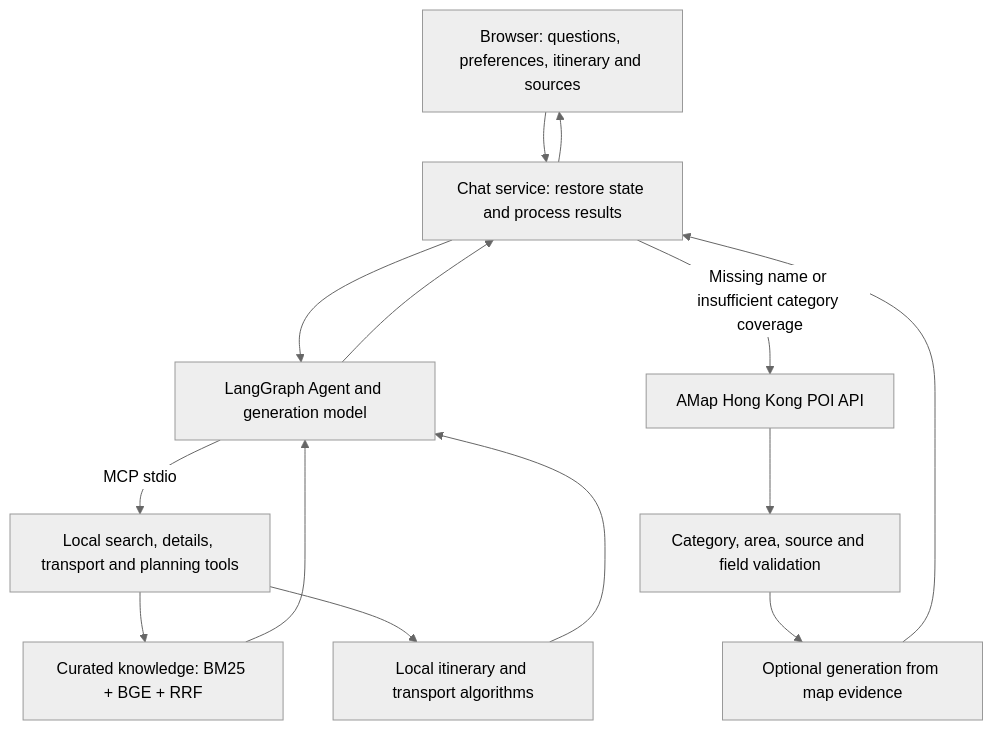
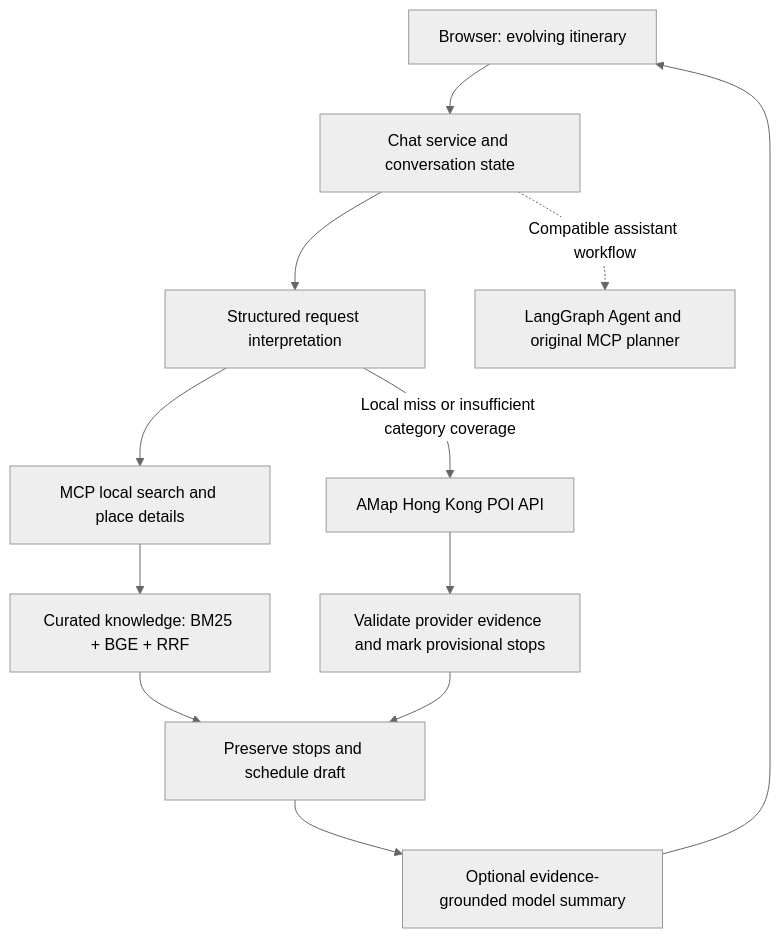
Before and after one commit to zz1170115506-del/DSAI5205-rag-travel-project: the diagram in README.md, drawn with Mermaid (neutral theme). The commit also changed other lines of this file and 16 other files, not shown here.

````diff
--- a/README.md
+++ b/README.md
@@ -45,16 +46,14 @@
 ```mermaid
 flowchart TD
-    W[Browser: questions, preferences, itinerary and sources] --> C[Chat service: restore state and process results]
-    C --> A[LangGraph Agent and generation model]
-    A -->|MCP stdio| T[Local search, details, transport and planning tools]
+    W[Browser: evolving itinerary] --> C[Chat service and conversation state]
+    C --> I[Structured request interpretation]
+    I --> T[MCP local search and place details]
     T --> K[Curated knowledge: BM25 + BGE + RRF]
-    T --> P[Local itinerary and transport algorithms]
-    K --> A
-    P --> A
-    A --> C
-    C -->|Missing name or insufficient category coverage| M[AMap Hong Kong POI API]
-    M --> E[Category, area, source and field validation]
-    E --> G[Optional generation from map evidence]
-    G --> C
-    C --> W
+    K --> P[Preserve stops and schedule draft]
+    I -->|Local miss or insufficient category coverage| M[AMap Hong Kong POI API]
+    M --> E[Validate provider evidence and mark provisional stops]
+    E --> P
+    P --> G[Optional evidence-grounded model summary]
+    G --> W
+    C -. Compatible assistant workflow .-> A[LangGraph Agent and original MCP planner]
 ```
````
